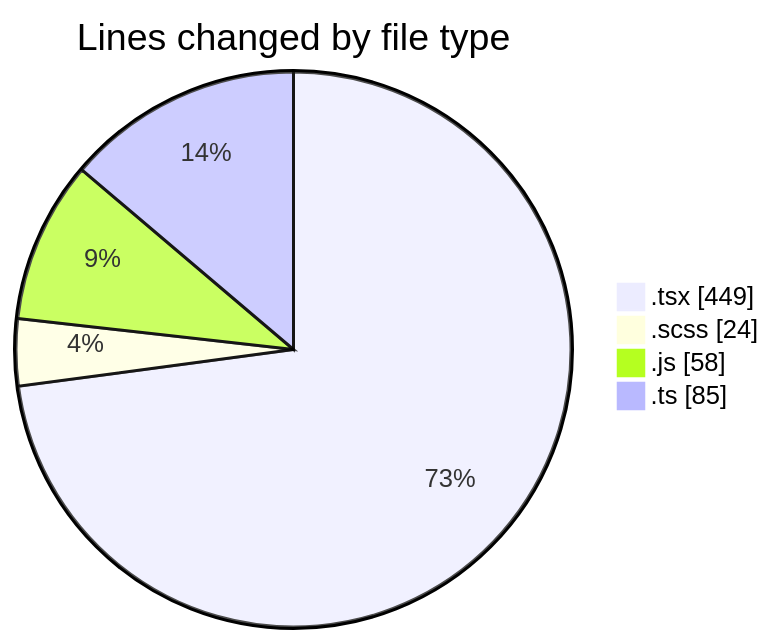
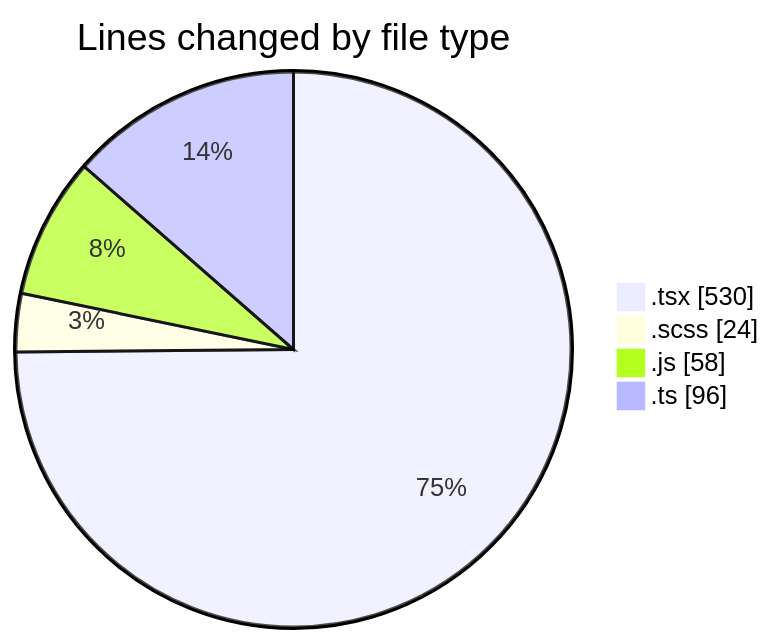
One commit to momahboobian/code-tracking changed the first of 2 diagrams in 2025-05-02/cda/README.md. Above: the diagram before and after it, drawn with Mermaid. The commit also changed other lines of this file and 1 other file, not shown here.

````diff
--- a/2025-05-02/cda/README.md
+++ b/2025-05-02/cda/README.md
@@ -24,8 +24,8 @@
 ```mermaid
 pie showData
 title Lines changed by file type
-".tsx" : 449
+".tsx" : 530
 ".scss" : 24
 ".js" : 58
-".ts" : 85
+".ts" : 96
 ```
````
